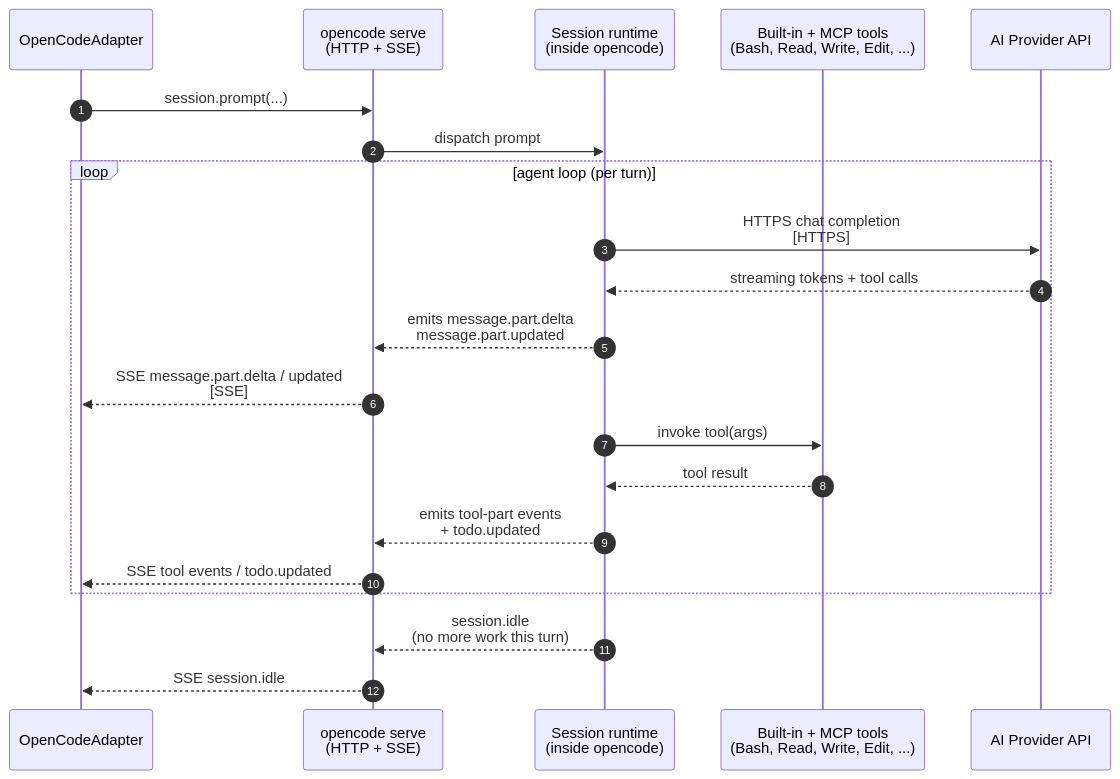
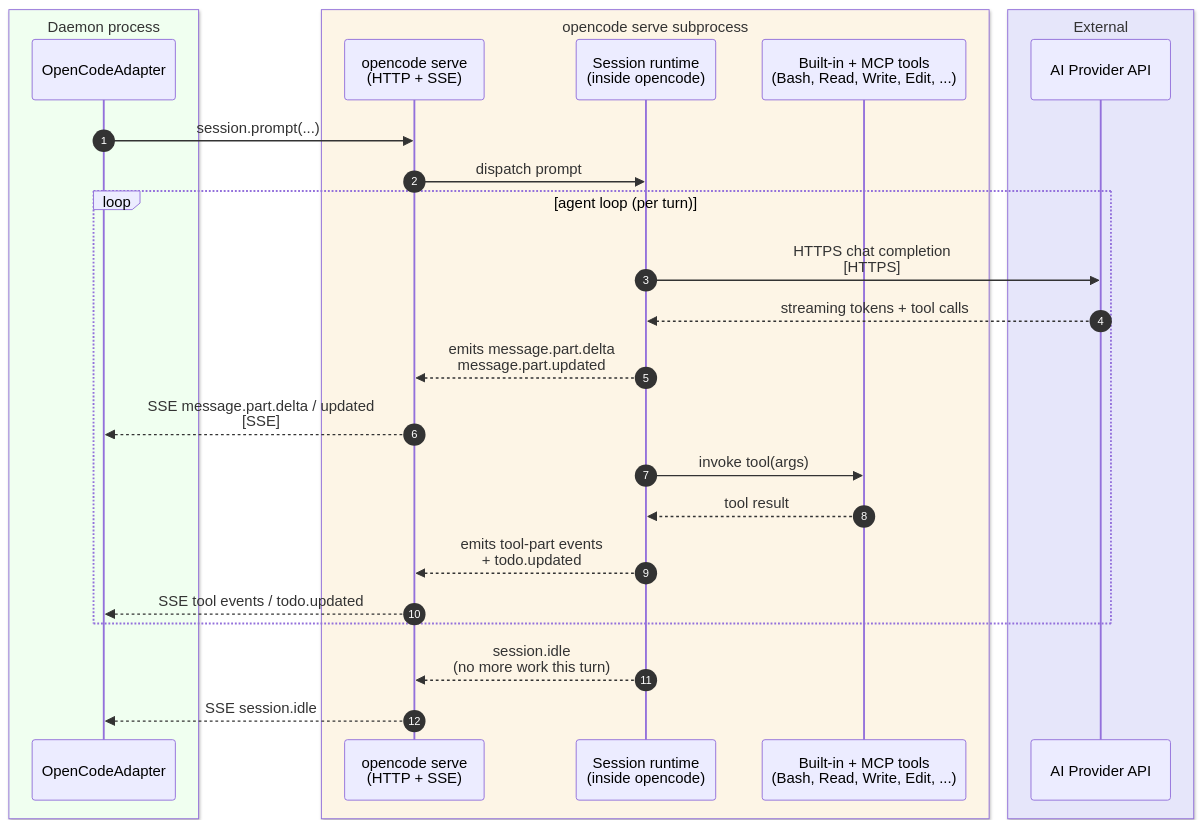
One commit to accomplish-ai/accomplish changed the fifth of 10 diagrams in docs/functional-sequence-diagrams.md. Above: the diagram before and after it, drawn with Mermaid. The commit also changed other lines of this file and 46 other files, not shown here.

````diff
--- a/docs/functional-sequence-diagrams.md
+++ b/docs/functional-sequence-diagrams.md
@@ -156,24 +191,30 @@
 ```mermaid
 sequenceDiagram
     autonumber
-    participant A as OpenCodeAdapter
-    participant OC as opencode serve<br/>(HTTP + SSE)
-    participant SESS as Session runtime<br/>(inside opencode)
-    participant TOOLS as Built-in + MCP tools<br/>(Bash, Read, Write, Edit, ...)
-    participant AI as AI Provider API
+    box honeydew Daemon process
+      participant A as OpenCodeAdapter
+    end
+    box oldlace opencode serve subprocess
+      participant OC as opencode serve<br/>(HTTP + SSE)
+      participant SESS as Session runtime<br/>(inside opencode)
+      participant TOOLS as Built-in + MCP tools<br/>(Bash, Read, Write, Edit, ...)
+    end
+    box lavender External
+      participant AI as AI Provider API
+    end
 
     A->>OC: session.prompt(...)
     OC->>SESS: dispatch prompt
     loop agent loop (per turn)
       SESS->>AI: HTTPS chat completion<br/>[HTTPS]
       AI-->>SESS: streaming tokens + tool calls
       SESS-->>OC: emits message.part.delta<br/>message.part.updated
       OC-->>A: SSE message.part.delta / updated<br/>[SSE]
       SESS->>TOOLS: invoke tool(args)
       TOOLS-->>SESS: tool result
       SESS-->>OC: emits tool-part events<br/>+ todo.updated
       OC-->>A: SSE tool events / todo.updated
     end
     SESS-->>OC: session.idle<br/>(no more work this turn)
     OC-->>A: SSE session.idle
 ```
````
